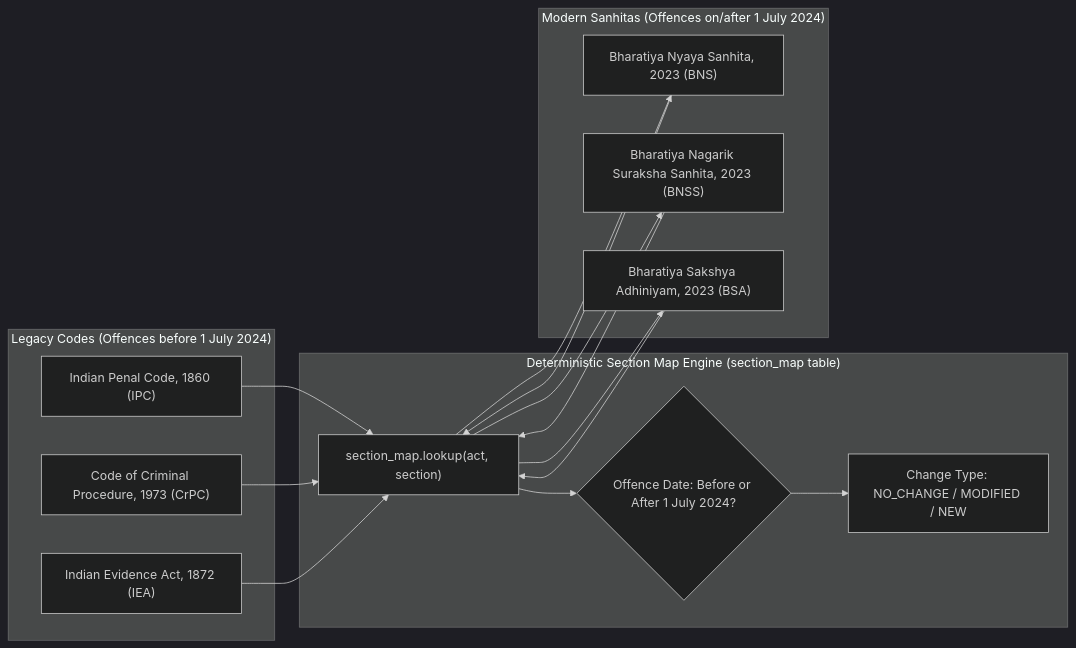
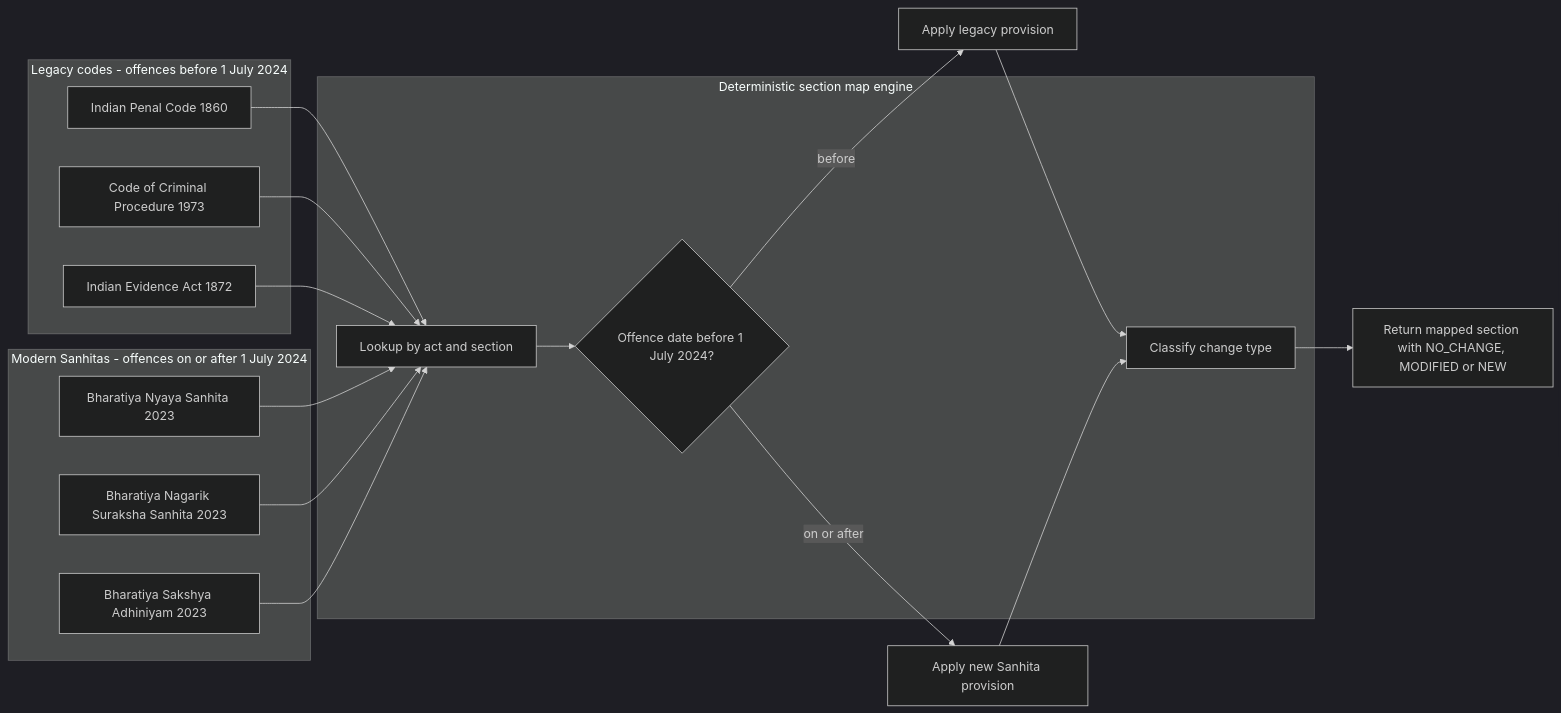
The fifth of 12 diagrams in README.md (tanisha-64/NyayaPramaan), drawn with Mermaid (dark theme) before and after one commit. The commit also changed other lines of this file, not shown here.

Commit message:
docs: fix all mermaid diagrams, update structure and add troubleshooting

````diff
--- a/README.md
+++ b/README.md
@@ -371,33 +362,33 @@
 ```mermaid
 flowchart LR
-    subgraph LegacyCodes["Legacy Codes (Offences before 1 July 2024)"]
-        IPC["Indian Penal Code, 1860 (IPC)"]
-        CrPC["Code of Criminal Procedure, 1973 (CrPC)"]
-        IEA["Indian Evidence Act, 1872 (IEA)"]
+    subgraph Legacy["Legacy codes - offences before 1 July 2024"]
+        IPC["Indian Penal Code 1860"]
+        CrPC["Code of Criminal Procedure 1973"]
+        IEA["Indian Evidence Act 1872"]
     end
 
-    subgraph MappingEngine["Deterministic Section Map Engine (section_map table)"]
-        Lookup["section_map.lookup(act, section)"]
-        CutoffRule{"Offence Date: Before or After 1 July 2024?"}
-        ChangeClass["Change Type: NO_CHANGE / MODIFIED / NEW"]
+    subgraph Engine["Deterministic section map engine"]
+        Lookup["Lookup by act and section"]
+        Cutoff{"Offence date before 1 July 2024?"}
+        Change["Classify change type"]
     end
 
-    subgraph ModernSanitas["Modern Sanhitas (Offences on/after 1 July 2024)"]
-        BNS["Bharatiya Nyaya Sanhita, 2023 (BNS)"]
-        BNSS["Bharatiya Nagarik Suraksha Sanhita, 2023 (BNSS)"]
-        BSA["Bharatiya Sakshya Adhiniyam, 2023 (BSA)"]
+    subgraph Modern["Modern Sanhitas - offences on or after 1 July 2024"]
+        BNS["Bharatiya Nyaya Sanhita 2023"]
+        BNSS["Bharatiya Nagarik Suraksha Sanhita 2023"]
+        BSA["Bharatiya Sakshya Adhiniyam 2023"]
     end
 
     IPC --> Lookup
     CrPC --> Lookup
     IEA --> Lookup
-    Lookup --> BNS
-    Lookup --> BNSS
-    Lookup --> BSA
-
     BNS --> Lookup
     BNSS --> Lookup
     BSA --> Lookup
-    Lookup --> CutoffRule
-    CutoffRule --> ChangeClass
+    Lookup --> Cutoff
+    Cutoff -->|"before"| ApplyOld["Apply legacy provision"]
+    Cutoff -->|"on or after"| ApplyNew["Apply new Sanhita provision"]
+    ApplyOld --> Change
+    ApplyNew --> Change
+    Change --> Result["Return mapped section with NO_CHANGE, MODIFIED or NEW"]
 ```
````
